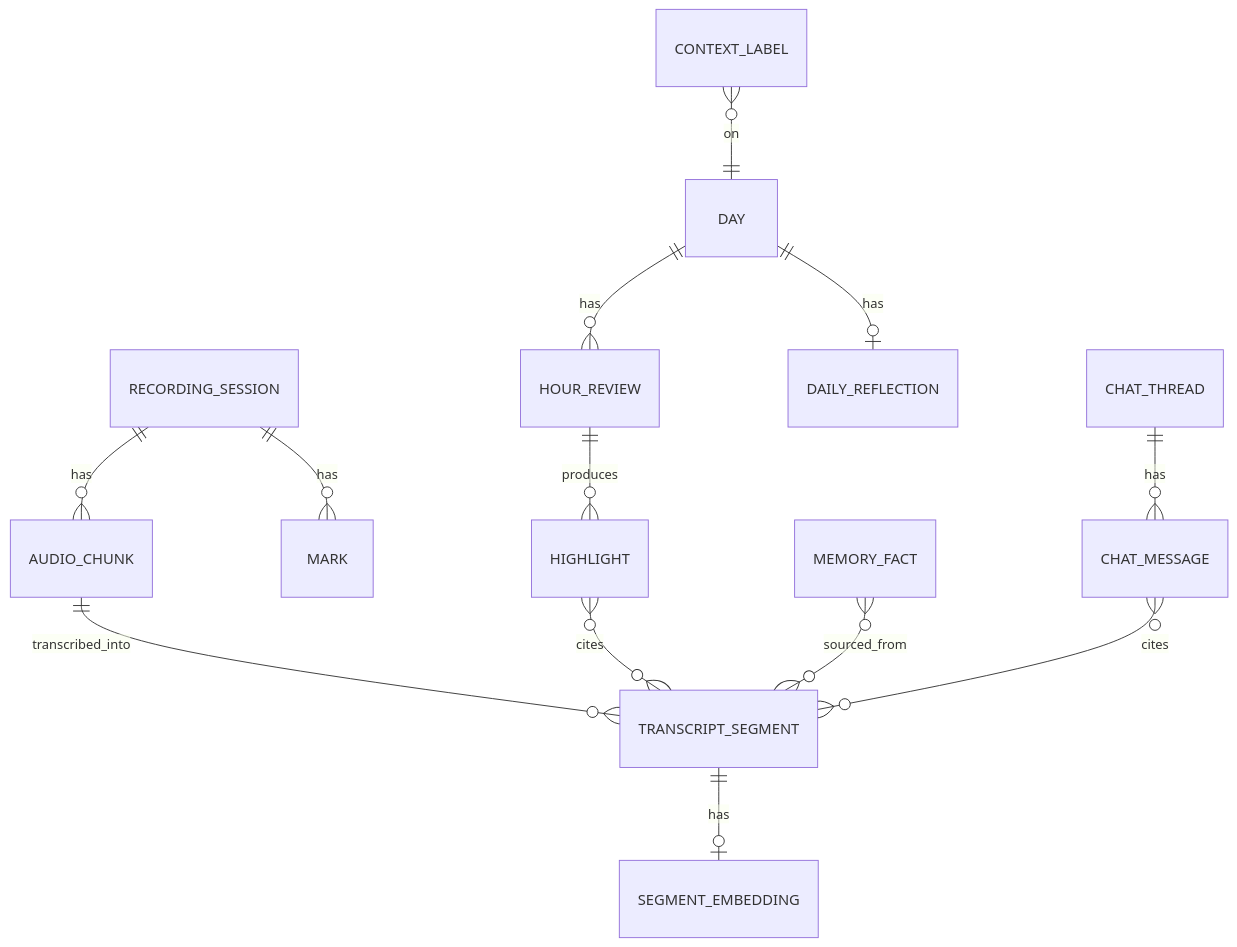
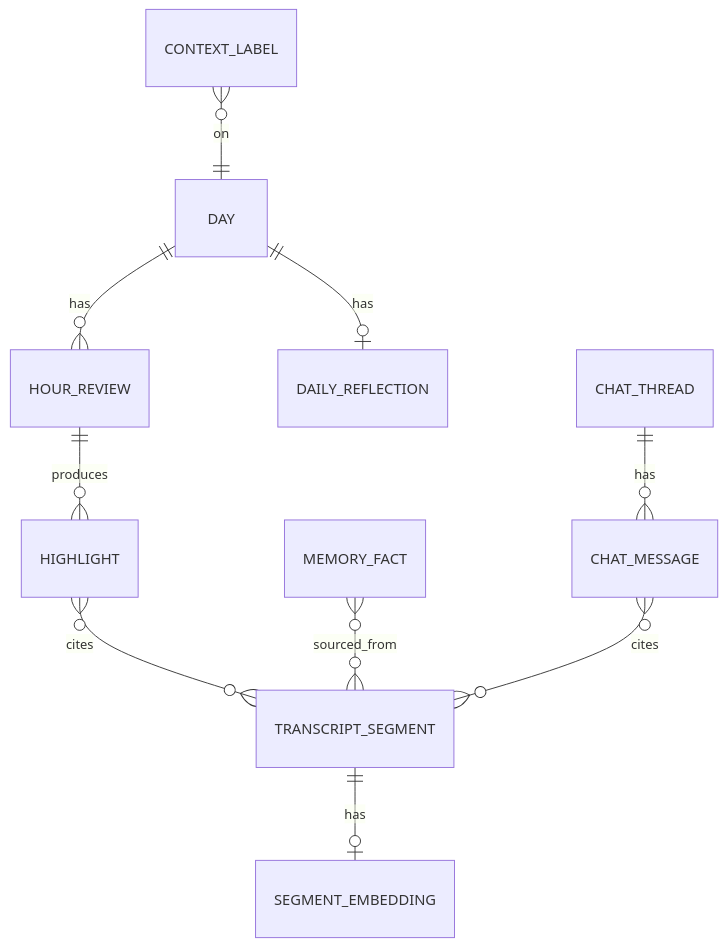
The third of 3 diagrams in docs/02-architecture.md (Soichiro5/watch-audio), drawn with Mermaid before and after one commit. The commit also changed other lines of this file and 5 other files, not shown here.

First line of the commit message:
docs(architecture): sync docs/02 with the implementation (#80)

````diff
--- a/docs/02-architecture.md
+++ b/docs/02-architecture.md
@@ -88,15 +122,12 @@
 ```mermaid
 erDiagram
-  RECORDING_SESSION ||--o{ AUDIO_CHUNK : has
-  AUDIO_CHUNK ||--o{ TRANSCRIPT_SEGMENT : transcribed_into
-  RECORDING_SESSION ||--o{ MARK : has
   TRANSCRIPT_SEGMENT ||--o| SEGMENT_EMBEDDING : has
   HOUR_REVIEW ||--o{ HIGHLIGHT : produces
   HIGHLIGHT }o--o{ TRANSCRIPT_SEGMENT : cites
   DAY ||--o{ HOUR_REVIEW : has
   DAY ||--o| DAILY_REFLECTION : has
   MEMORY_FACT }o--o{ TRANSCRIPT_SEGMENT : sourced_from
   CHAT_THREAD ||--o{ CHAT_MESSAGE : has
   CHAT_MESSAGE }o--o{ TRANSCRIPT_SEGMENT : cites
   CONTEXT_LABEL }o--|| DAY : on
 ```
````
